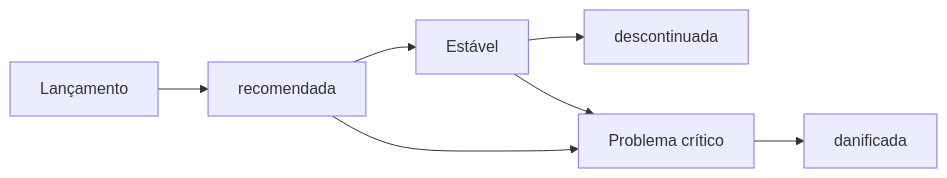
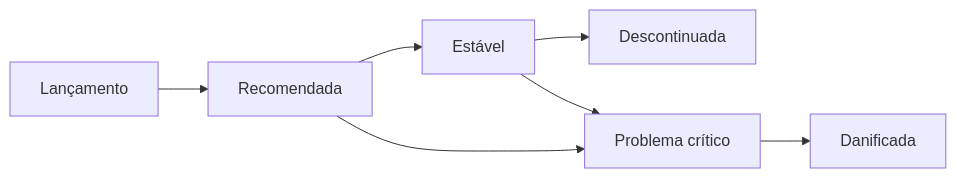
Before and after one commit to Rentbrella-org/Rentbrella-org.github.io: the first of 2 diagrams in releases/policy.md, drawn with Mermaid. The commit also changed 2 other files, not shown here.

Commit message:
Adiciona renderização Mermaid na política de ciclo de vida.

````diff
--- a/releases/policy.md
+++ b/releases/policy.md
@@ -14,9 +14,9 @@
 ```mermaid
 flowchart LR
-    lancamento[Lançamento] --> recomendada
+    lancamento[Lançamento] --> recomendada[Recomendada]
     recomendada --> estavel[Estável]
-    estavel --> descontinuada
+    estavel --> descontinuada[Descontinuada]
     recomendada --> problemaCritico[Problema crítico]
     estavel --> problemaCritico
-    problemaCritico --> danificada
+    problemaCritico --> danificada[Danificada]
 ```
````
